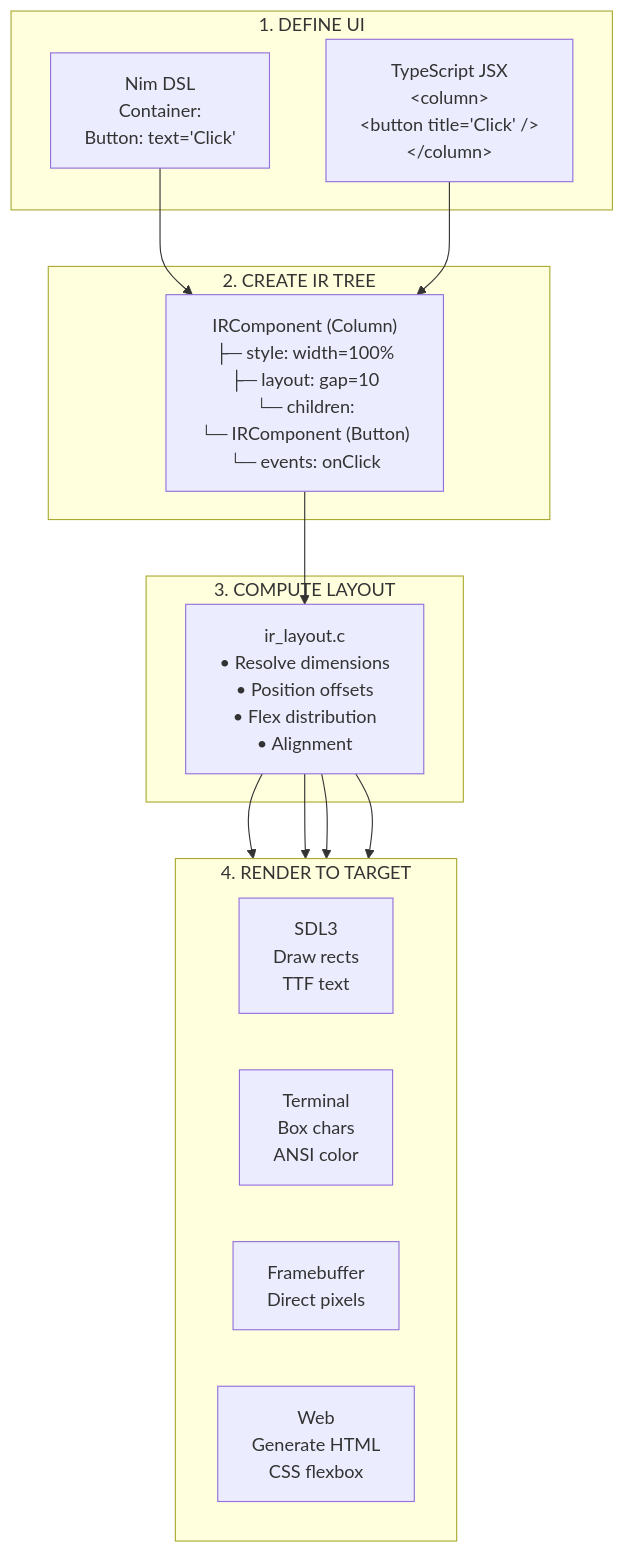
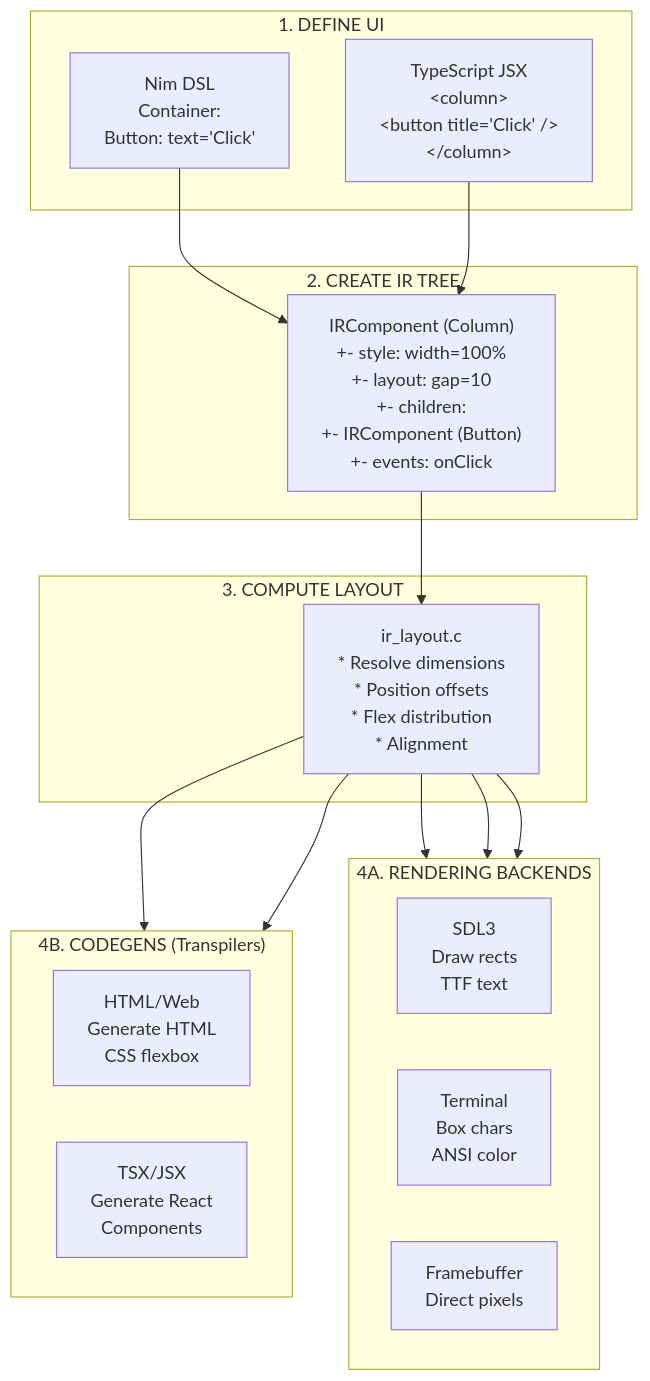
Before and after one commit to kryonlabs/website: the second of 4 diagrams in docs/architecture.md, drawn with Mermaid. The commit also changed other lines of this file and 17 other files, not shown here.

````diff
--- a/docs/architecture.md
+++ b/docs/architecture.md
@@ -73,31 +90,37 @@
 ```mermaid
 flowchart TB
     subgraph Define["1. DEFINE UI"]
         NimDSL["Nim DSL<br/>Container:<br/>  Button: text='Click'"]
         TSXDSL["TypeScript JSX<br/>&lt;column&gt;<br/>  &lt;button title='Click' /&gt;<br/>&lt;/column&gt;"]
     end
 
     subgraph IRTree["2. CREATE IR TREE"]
-        Tree["IRComponent (Column)<br/>├─ style: width=100%<br/>├─ layout: gap=10<br/>└─ children:<br/>    └─ IRComponent (Button)<br/>        └─ events: onClick"]
+        Tree["IRComponent (Column)<br/>+- style: width=100%<br/>+- layout: gap=10<br/>+- children:<br/>    +- IRComponent (Button)<br/>        +- events: onClick"]
     end
 
     subgraph Layout["3. COMPUTE LAYOUT"]
-        Calc["ir_layout.c<br/>• Resolve dimensions<br/>• Position offsets<br/>• Flex distribution<br/>• Alignment"]
+        Calc["ir_layout.c<br/>* Resolve dimensions<br/>* Position offsets<br/>* Flex distribution<br/>* Alignment"]
     end
 
-    subgraph Render["4. RENDER TO TARGET"]
+    subgraph RenderBackends["4A. RENDERING BACKENDS"]
         direction LR
         R1["SDL3<br/>Draw rects<br/>TTF text"]
         R2["Terminal<br/>Box chars<br/>ANSI color"]
         R3["Framebuffer<br/>Direct pixels"]
-        R4["Web<br/>Generate HTML<br/>CSS flexbox"]
+    end
+
+    subgraph Codegens2["4B. CODEGENS (Transpilers)"]
+        direction LR
+        C1["HTML/Web<br/>Generate HTML<br/>CSS flexbox"]
+        C2["TSX/JSX<br/>Generate React<br/>Components"]
     end
 
     NimDSL --> Tree
     TSXDSL --> Tree
     Tree --> Calc
     Calc --> R1
     Calc --> R2
     Calc --> R3
-    Calc --> R4
+    Calc --> C1
+    Calc --> C2
 ```
````
